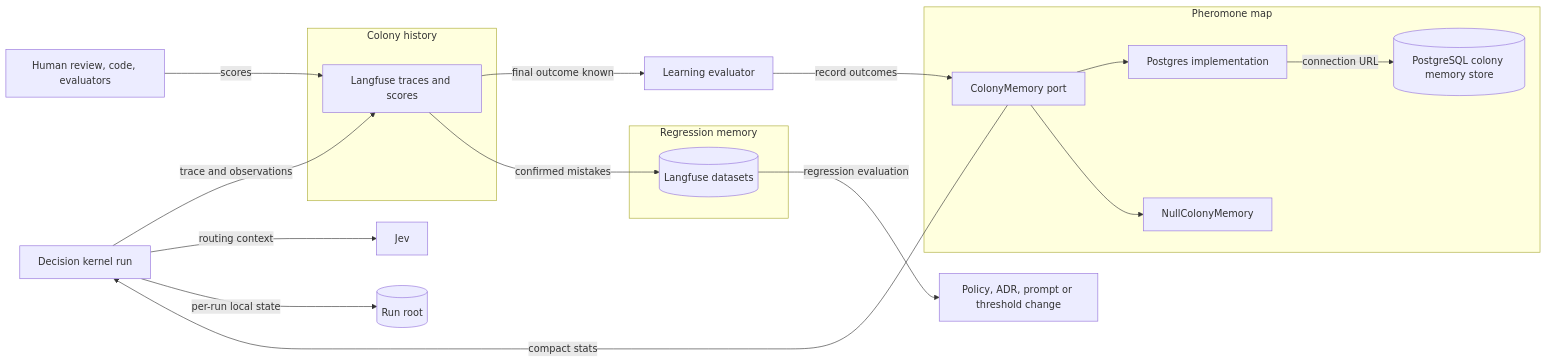
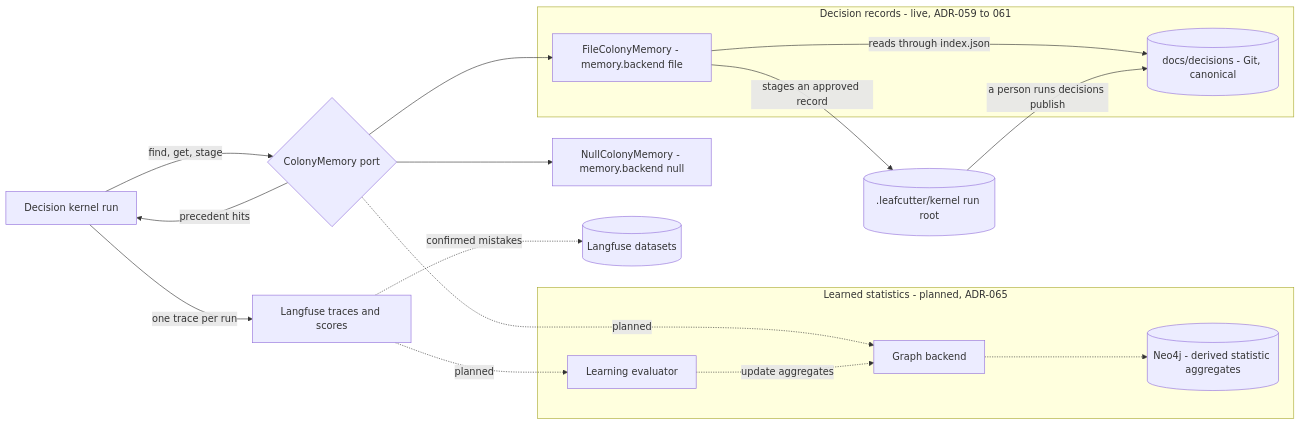
One commit to urlmonitor/leafcutter-ai changed the first of 2 diagrams in docs/architecture/components/colony-memory.md. Above: the diagram before and after it, drawn with Mermaid. The commit also changed other lines of this file and 24 other files, not shown here.

First line of the commit message:
docs(kernel): reconcile colony memory with ADR-059..062; ADR-065 moves learned statistics to Neo4j

````diff
--- a/docs/architecture/components/colony-memory.md
+++ b/docs/architecture/components/colony-memory.md
@@ -50,27 +66,25 @@
 ```mermaid
 flowchart LR
-  K[Decision kernel run] -->|trace and observations| LFT[Langfuse traces and scores]
-  REV[Human review, code, evaluators] -->|scores| LFT
-  LFT -->|final outcome known| EV[Learning evaluator]
-  EV -->|record outcomes| PORT[ColonyMemory port]
-  PORT --> PG[Postgres implementation]
-  PORT --> NUL[NullColonyMemory]
-  PG -->|connection URL| DB[(PostgreSQL colony memory store)]
-  PORT -->|compact stats| K
-  K -->|routing context| JEV[Jev]
-  LFT -->|confirmed mistakes| DS[(Langfuse datasets)]
-  DS -->|regression evaluation| CHG[Policy, ADR, prompt or threshold change]
-  K -->|per-run local state| RR[(Run root)]
-  subgraph HIST [Colony history]
-    LFT
+  K["Decision kernel run"] -->|"one trace per run"| LFT["Langfuse traces and scores"]
+  K -->|"find, get, stage"| PORT{"ColonyMemory port"}
+  PORT -->|"precedent hits"| K
+  PORT --> FILE["FileColonyMemory - memory.backend file"]
+  PORT --> NUL["NullColonyMemory - memory.backend null"]
+  PORT -.->|"planned"| GRB["Graph backend"]
+  FILE -->|"reads through index.json"| GIT[("docs/decisions - Git, canonical")]
+  FILE -->|"stages an approved record"| RR[(".leafcutter/kernel run root")]
+  RR -->|"a person runs decisions publish"| GIT
+  LFT -.->|"planned"| EV["Learning evaluator"]
+  EV -.->|"update aggregates"| GRB
+  GRB -.-> NEO[("Neo4j - derived statistic aggregates")]
+  LFT -.->|"confirmed mistakes"| DS[("Langfuse datasets")]
+  subgraph REC ["Decision records - live, ADR-059 to 061"]
+    FILE
+    GIT
   end
-  subgraph PHER [Pheromone map]
-    PORT
-    PG
-    NUL
-    DB
-  end
-  subgraph REG [Regression memory]
-    DS
+  subgraph STAT ["Learned statistics - planned, ADR-065"]
+    EV
+    GRB
+    NEO
   end
 ```
````
